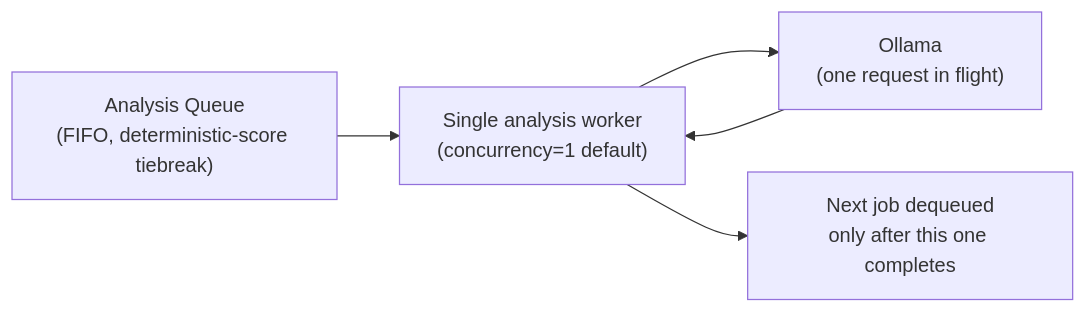
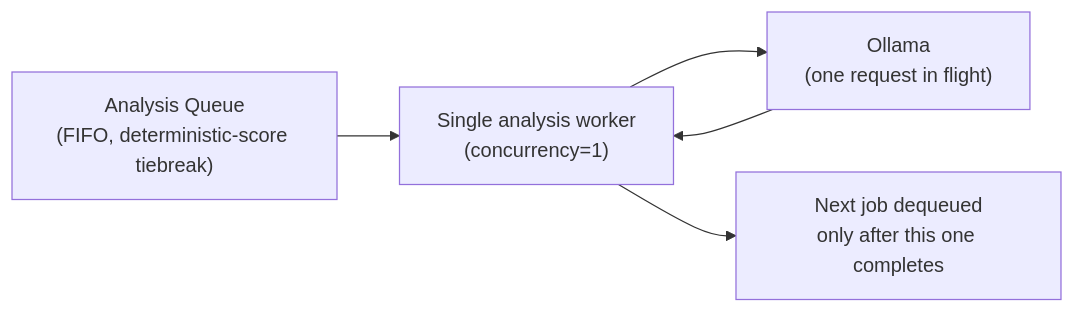
One commit to wassimrahoui/adhd-job-agent changed the second of 4 diagrams in docs/02-ai-and-matching-architecture.md. Above: the diagram before and after it, drawn with Mermaid. The commit also changed other lines of this file and 7 other files, not shown here.

Commit message:
docs: reconcile architecture and simplify MVP scope (batch 1/2 - README, vision, architecture overview, AI pipeline, job sources)

````diff
--- a/docs/02-ai-and-matching-architecture.md
+++ b/docs/02-ai-and-matching-architecture.md
@@ -54,7 +54,7 @@
 ```mermaid
 flowchart LR
-    Q["Analysis Queue\n(FIFO, deterministic-score tiebreak)"] --> WORKER["Single analysis worker\n(concurrency=1 default)"]
+    Q["Analysis Queue\n(FIFO, deterministic-score tiebreak)"] --> WORKER["Single analysis worker\n(concurrency=1)"]
     WORKER --> OLLAMA["Ollama\n(one request in flight)"]
     OLLAMA --> WORKER
     WORKER --> NEXT["Next job dequeued\nonly after this one completes"]
 ```
````
